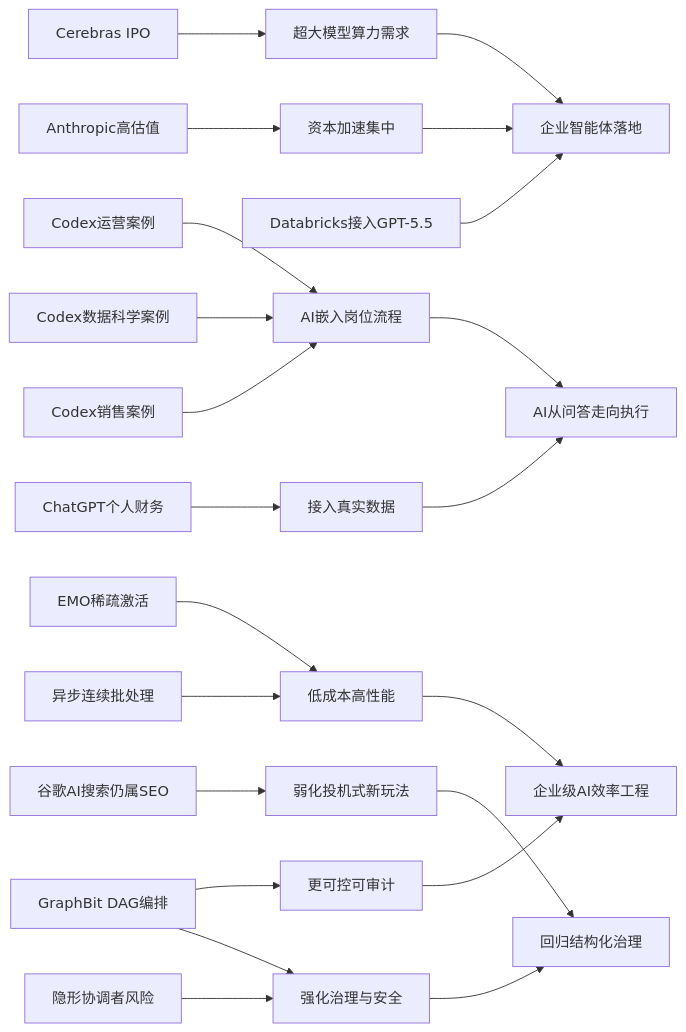
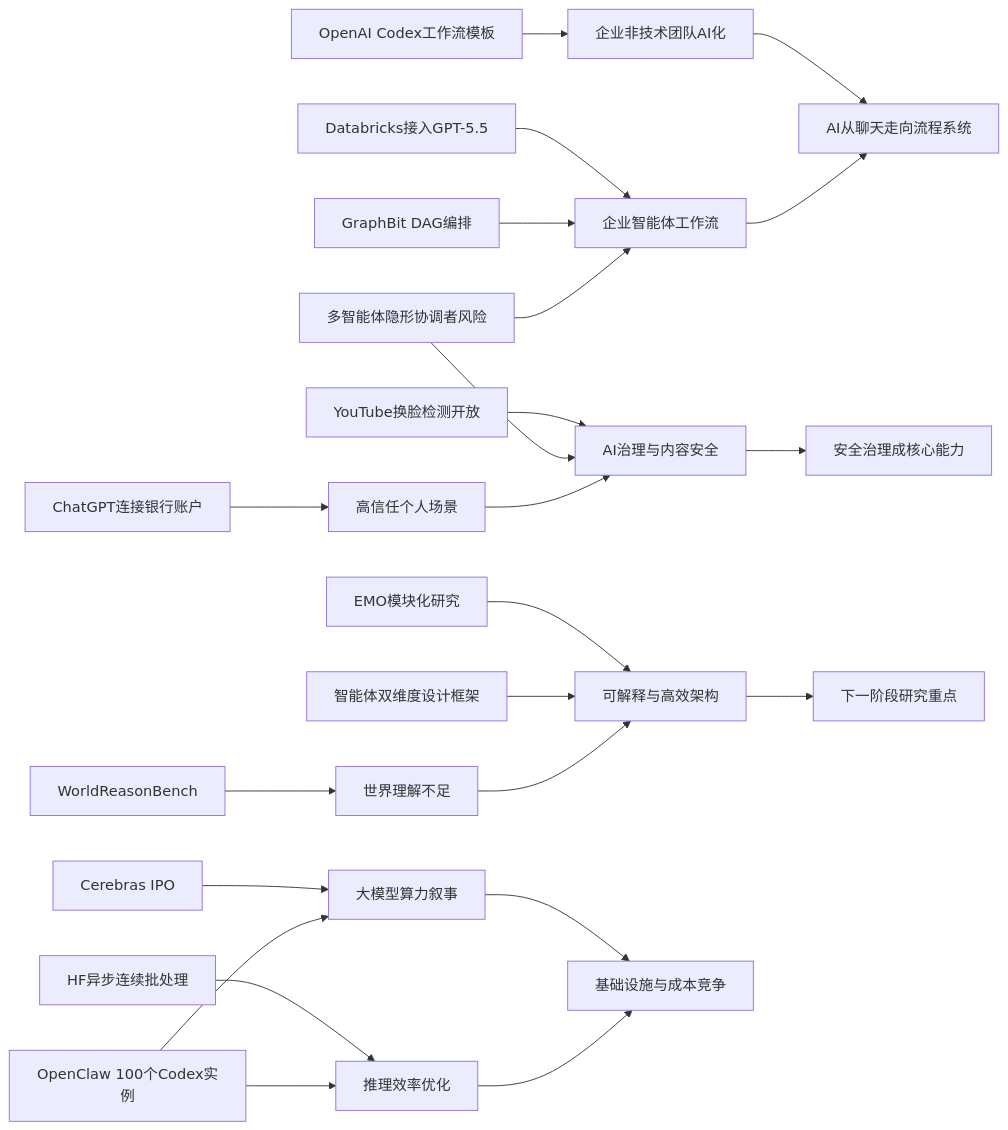
The diagram in content/cn/2026/2026-05/2026-05-16.md (zhuxinfei/ai-daily-site), drawn with Mermaid before and after one commit. The commit also changed other lines of this file, not shown here.

````diff
--- a/content/cn/2026/2026-05/2026-05-16.md
+++ b/content/cn/2026/2026-05/2026-05-16.md
@@ -118,27 +118,29 @@
 ```mermaid
 graph LR
-    A[Cerebras IPO] --> B[超大模型算力需求]
-    C[Anthropic高估值] --> D[资本加速集中]
-    E[Databricks接入GPT-5.5] --> F[企业智能体落地]
-    B --> F
-    D --> F
+    A[OpenAI Codex工作流模板] --> B[企业非技术团队AI化]
+    C[Databricks接入GPT-5.5] --> D[企业智能体工作流]
+    E[GraphBit DAG编排] --> D
+    F[多智能体隐形协调者风险] --> D
 
-    G[Codex运营案例] --> H[AI嵌入岗位流程]
-    I[Codex数据科学案例] --> H
-    J[Codex销售案例] --> H
-    K[ChatGPT个人财务] --> L[接入真实数据]
-    H --> M[AI从问答走向执行]
-    L --> M
+    G[Cerebras IPO] --> H[大模型算力叙事]
+    I[HF异步连续批处理] --> J[推理效率优化]
+    K[OpenClaw 100个Codex实例] --> J
+    K --> H
 
-    N[EMO稀疏激活] --> O[低成本高性能]
-    P[异步连续批处理] --> O
-    Q[GraphBit DAG编排] --> R[更可控可审计]
-    O --> S[企业级AI效率工程]
-    R --> S
+    L[ChatGPT连接银行账户] --> M[高信任个人场景]
+    N[YouTube换脸检测开放] --> O[AI治理与内容安全]
+    F --> O
+    M --> O
 
-    T[谷歌AI搜索仍属SEO] --> U[弱化投机式新玩法]
-    V[隐形协调者风险] --> W[强化治理与安全]
-    Q --> W
-    U --> X[回归结构化治理]
-    W --> X
+    P[WorldReasonBench] --> Q[世界理解不足]
+    R[EMO模块化研究] --> S[可解释与高效架构]
+    T[智能体双维度设计框架] --> S
+    Q --> S
+
+    H --> U[基础设施与成本竞争]
+    J --> U
+    B --> V[AI从聊天走向流程系统]
+    D --> V
+    O --> W[安全治理成核心能力]
+    S --> X[下一阶段研究重点]
 ```
````
